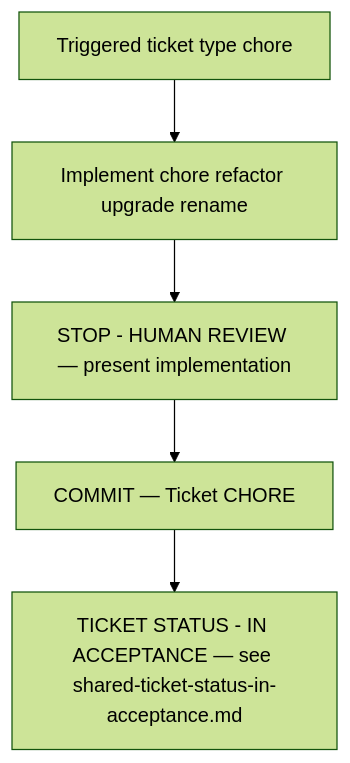
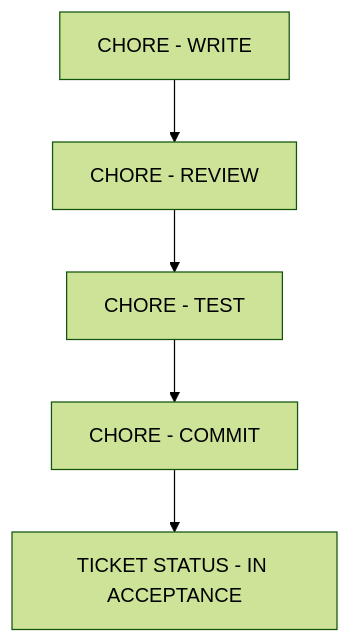
Before and after one commit to optivem/starter: the ninth of 10 diagrams in docs/atdd/process/diagram-process.md, drawn with Mermaid (forest theme). The commit also changed other lines of this file and 19 other files, not shown here.

````diff
--- a/docs/atdd/process/diagram-process.md
+++ b/docs/atdd/process/diagram-process.md
@@ -270,13 +253,13 @@
 ```mermaid
 flowchart TD
-    TRIGGER[Triggered ticket type chore]
-    IMPL[Implement chore refactor upgrade rename]
-    STOP_REVIEW[STOP - HUMAN REVIEW — present implementation]
-    COMMIT[COMMIT — Ticket CHORE]
-    IN_ACCEPTANCE[TICKET STATUS - IN ACCEPTANCE — see shared-ticket-status-in-acceptance.md]
+    WRITE[CHORE - WRITE]
+    REVIEW[CHORE - REVIEW]
+    TEST[CHORE - TEST]
+    COMMIT[CHORE - COMMIT]
+    IN_ACCEPTANCE[TICKET STATUS - IN ACCEPTANCE]
 
-    TRIGGER --> IMPL
-    IMPL --> STOP_REVIEW
-    STOP_REVIEW --> COMMIT
+    WRITE --> REVIEW
+    REVIEW --> TEST
+    TEST --> COMMIT
     COMMIT --> IN_ACCEPTANCE
 ```
````
